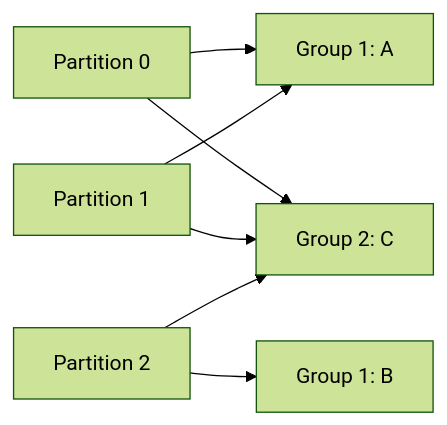
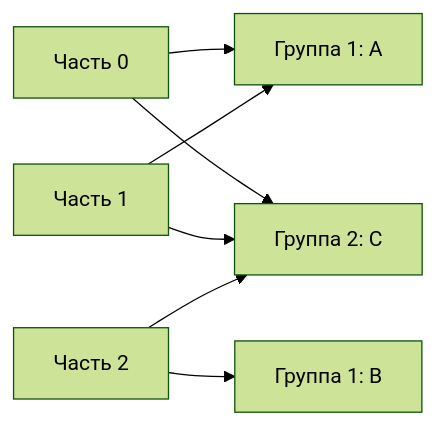
Before and after one commit to leary1337/vault: the diagram in docs/messaging/kafka/consumer-groups.md, drawn with Mermaid (forest theme). The commit also changed other lines of this file and 325 other files, not shown here.

````diff
--- a/docs/messaging/kafka/consumer-groups.md
+++ b/docs/messaging/kafka/consumer-groups.md
@@ -41,9 +30,9 @@
 ```mermaid
 flowchart LR
-    P0[Partition 0] --> A[Group 1: A]
-    P1[Partition 1] --> A
-    P2[Partition 2] --> B[Group 1: B]
-    P0 --> C[Group 2: C]
+    P0[Часть 0] --> A[Группа 1: A]
+    P1[Часть 1] --> A
+    P2[Часть 2] --> B[Группа 1: B]
+    P0 --> C[Группа 2: C]
     P1 --> C
     P2 --> C
 ```
````
